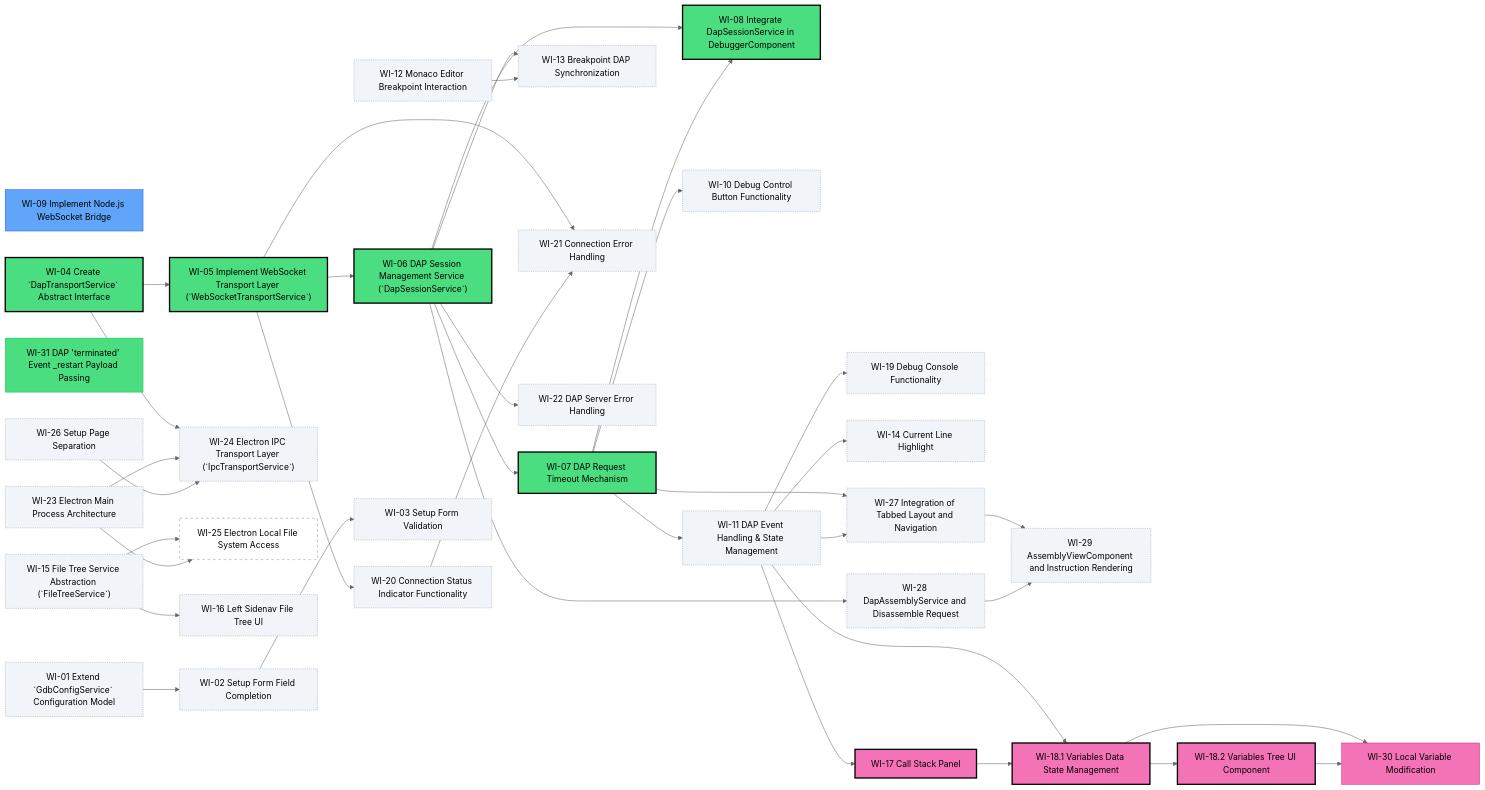
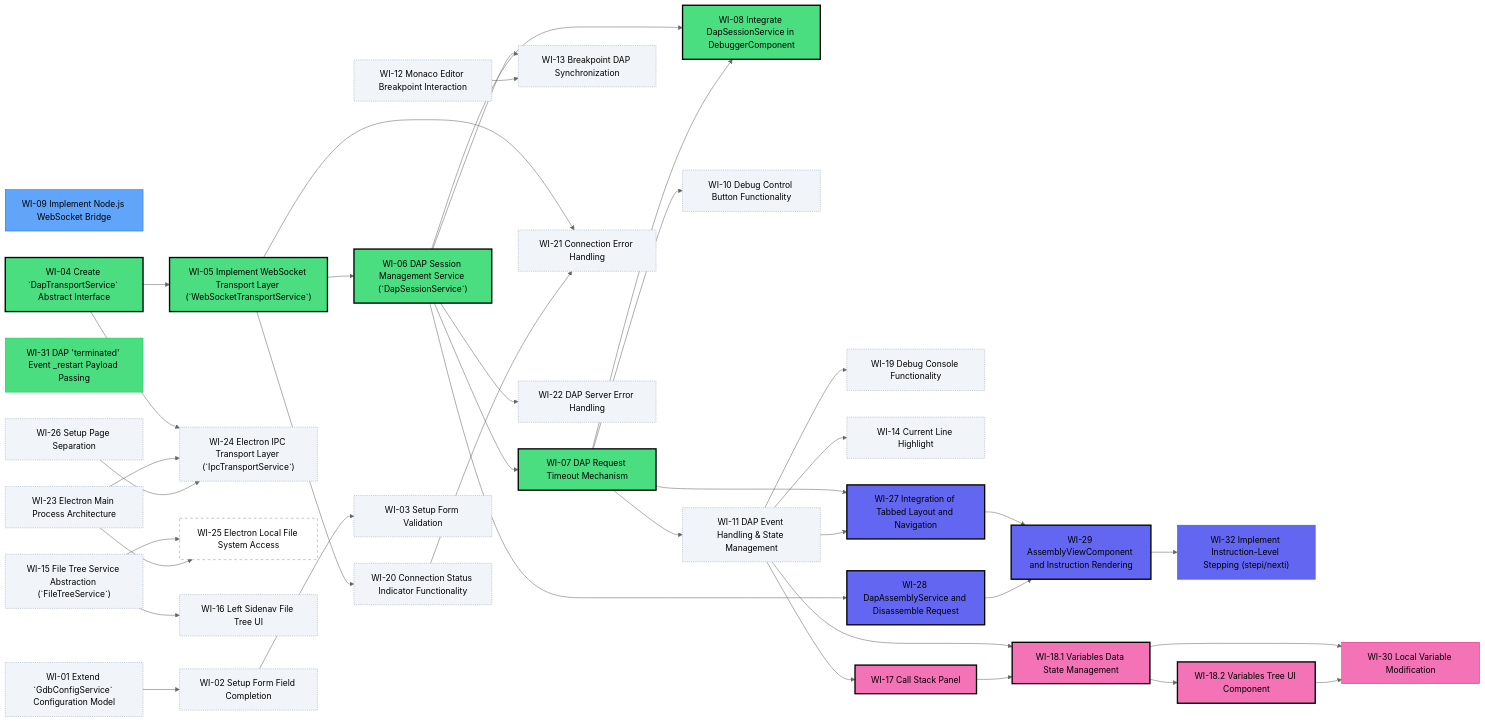
Before and after one commit to tangpo387-arch/taro-debugger: the diagram in docs/project-roadmap.md, drawn with Mermaid (neutral theme). The commit also changed other lines of this file and 2 other files, not shown here.

Commit message:
feat: add WI-32 for instruction-level stepping (stepi/nexti) to project documentation

```diff
--- a/docs/project-roadmap.md
+++ b/docs/project-roadmap.md
@@ -34,6 +34,7 @@
     WI_27["WI-27 Integration of Tabbed Layout and Navigation"]
     WI_28["WI-28 DapAssemblyService and Disassemble Request"]
     WI_29["WI-29 AssemblyViewComponent and Instruction Rendering"]
+    WI_32["WI-32 Implement Instruction-Level Stepping (stepi/nexti)"]
     WI_01["WI-01 Extend `GdbConfigService` Configuration Model"]
     WI_02["WI-02 Setup Form Field Completion"]
     WI_03["WI-03 Setup Form Validation"]
@@ -67,6 +68,7 @@
     WI_06 --> WI_28
     WI_27 --> WI_29
     WI_28 --> WI_29
+    WI_29 --> WI_32
     WI_01 --> WI_02
     WI_02 --> WI_03
     WI_11 --> WI_17
@@ -98,9 +100,10 @@
     style WI_22 fill:#f1f5f9,stroke:#94a3b8,stroke-width:1px,stroke-dasharray:2
     style WI_15 fill:#f1f5f9,stroke:#94a3b8,stroke-width:1px,stroke-dasharray:2
     style WI_16 fill:#f1f5f9,stroke:#94a3b8,stroke-width:1px,stroke-dasharray:2
-    style WI_27 fill:#f1f5f9,stroke:#94a3b8,stroke-width:1px,stroke-dasharray:2
-    style WI_28 fill:#f1f5f9,stroke:#94a3b8,stroke-width:1px,stroke-dasharray:2
-    style WI_29 fill:#f1f5f9,stroke:#94a3b8,stroke-width:1px,stroke-dasharray:2
+    style WI_27 fill:#6366f1,stroke:#000,stroke-width:2.5px
+    style WI_28 fill:#6366f1,stroke:#000,stroke-width:2.5px
+    style WI_29 fill:#6366f1,stroke:#000,stroke-width:2.5px
+    style WI_32 fill:#6366f1,stroke:#4f46e5
     style WI_01 fill:#f1f5f9,stroke:#94a3b8,stroke-width:1px,stroke-dasharray:2
     style WI_02 fill:#f1f5f9,stroke:#94a3b8,stroke-width:1px,stroke-dasharray:2
     style WI_03 fill:#f1f5f9,stroke:#94a3b8,stroke-width:1px,stroke-dasharray:2
```
